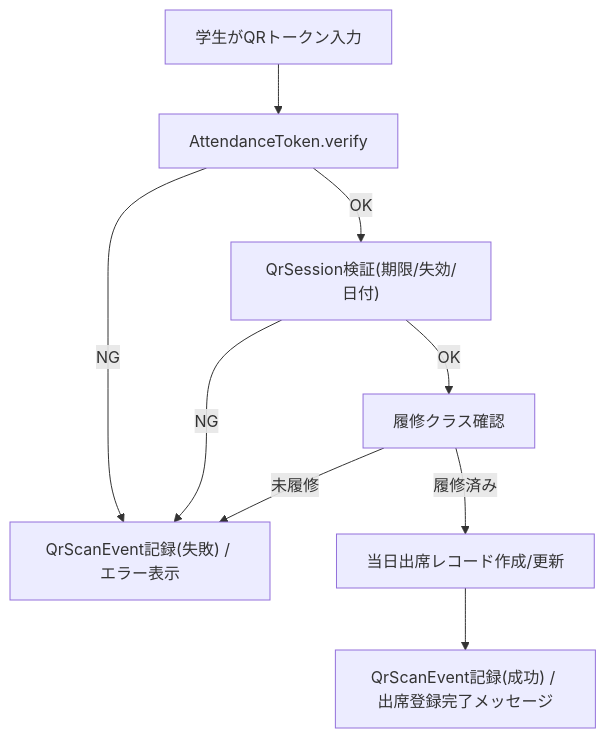
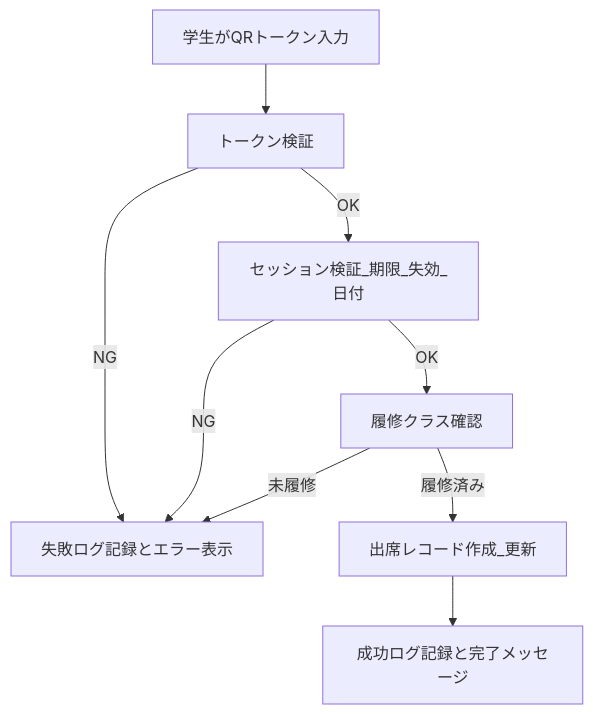
The fourth of 9 diagrams in 仕様書.md (syusyusyusyu/Attendance), drawn with Mermaid before and after one commit. The commit also changed other lines of this file and 79 other files, not shown here.

````diff
--- a/仕様書.md
+++ b/仕様書.md
@@ -191,11 +223,11 @@
 ```mermaid
 flowchart TB
-  S1[学生がQRトークン入力] --> S2[AttendanceToken.verify]
-  S2 -->|NG| S3["QrScanEvent記録(失敗) / エラー表示"]
-  S2 -->|OK| S4["QrSession検証(期限/失効/日付)"]
+  S1[学生がQRトークン入力] --> S2[トークン検証]
+  S2 -->|NG| S3[失敗ログ記録とエラー表示]
+  S2 -->|OK| S4[セッション検証_期限_失効_日付]
   S4 -->|NG| S3
   S4 -->|OK| S5[履修クラス確認]
   S5 -->|未履修| S3
-  S5 -->|履修済み| S6[当日出席レコード作成/更新]
-  S6 --> S7["QrScanEvent記録(成功) / 出席登録完了メッセージ"]
+  S5 -->|履修済み| S6[出席レコード作成_更新]
+  S6 --> S7[成功ログ記録と完了メッセージ]
 ```
````
